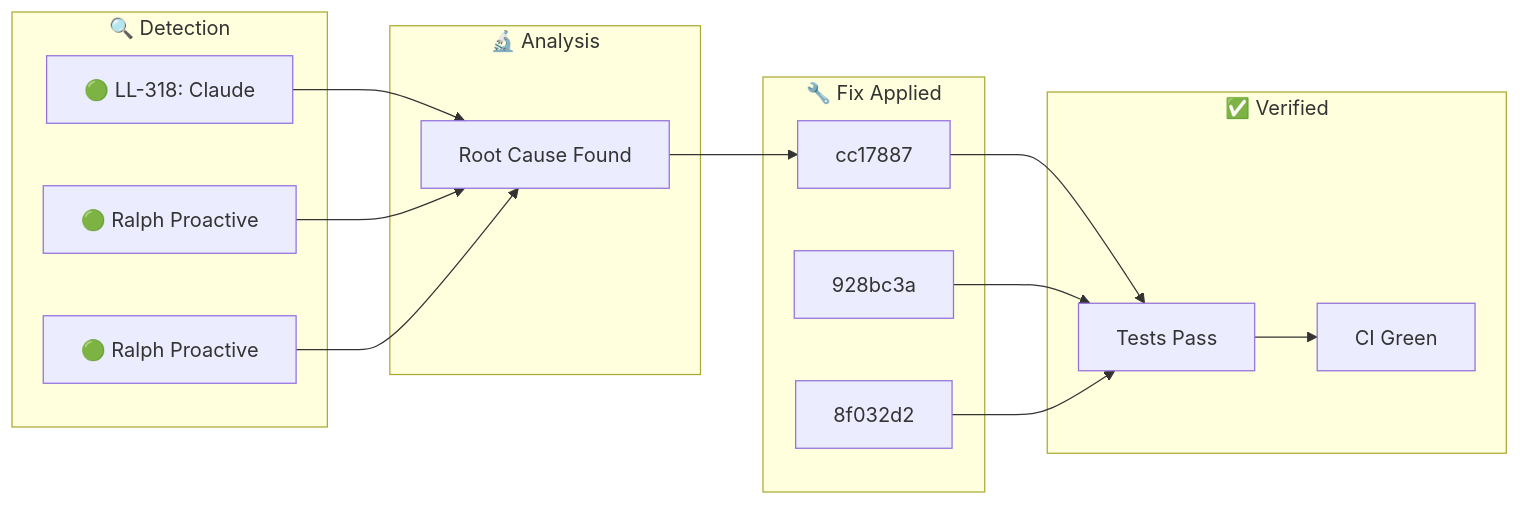
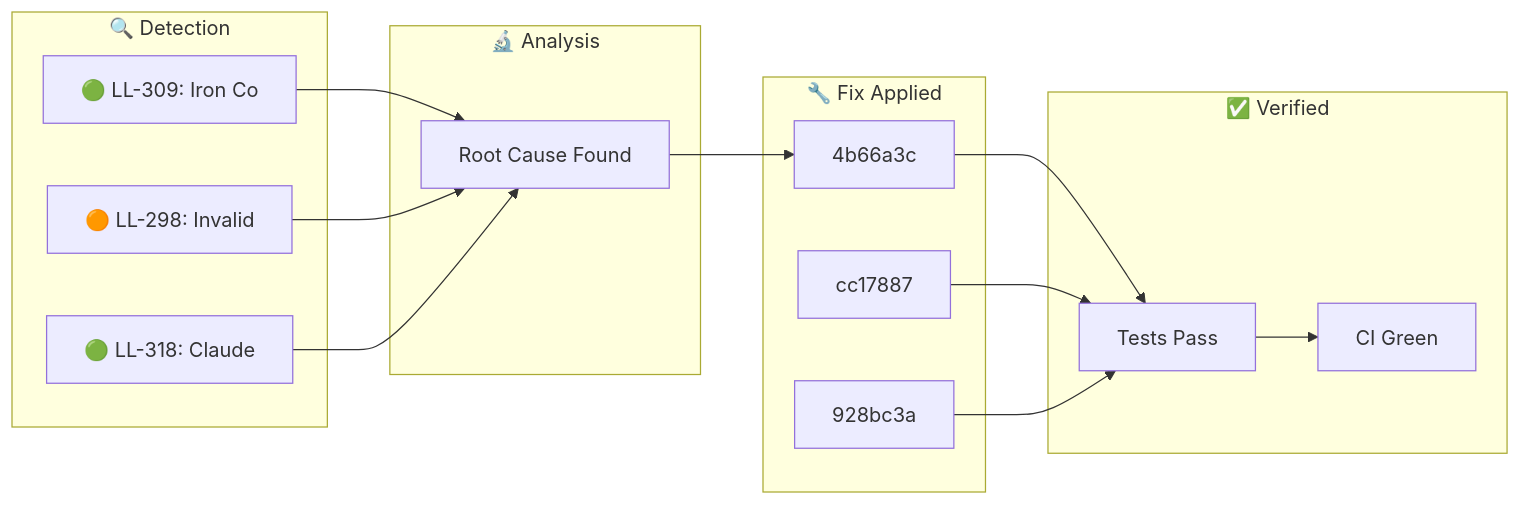
The diagram in docs/_posts/2026-01-31-ralph-discovery.md (YoByron/trading), drawn with Mermaid before and after one commit. The commit also changed other lines of this file, not shown here.

Commit message:
docs(ralph): Auto-publish discovery blog post

````diff
--- a/docs/_posts/2026-01-31-ralph-discovery.md
+++ b/docs/_posts/2026-01-31-ralph-discovery.md
@@ -17,28 +17,28 @@
 ```mermaid
 flowchart LR
     subgraph Detection["🔍 Detection"]
-        D1["🟢 LL-318: Claude "]
-        D2["🟢 Ralph Proactive"]
-        D3["🟢 Ralph Proactive"]
+        D1["🟢 LL-309: Iron Co"]
+        D2["🟠 LL-298: Invalid"]
+        D3["🟢 LL-318: Claude "]
     end
     subgraph Analysis["🔬 Analysis"]
         A1["Root Cause Found"]
     end
     subgraph Fix["🔧 Fix Applied"]
-        F1["cc17887"]
-        F2["928bc3a"]
-        F3["8f032d2"]
+        F1["4b66a3c"]
+        F2["cc17887"]
+        F3["928bc3a"]
     end
     subgraph Verify["✅ Verified"]
         V1["Tests Pass"]
         V2["CI Green"]
     end
     D1 --> A1
     D2 --> A1
     D3 --> A1
     A1 --> F1
     F1 --> V1
     F2 --> V1
     F3 --> V1
     V1 --> V2
 ```
````
